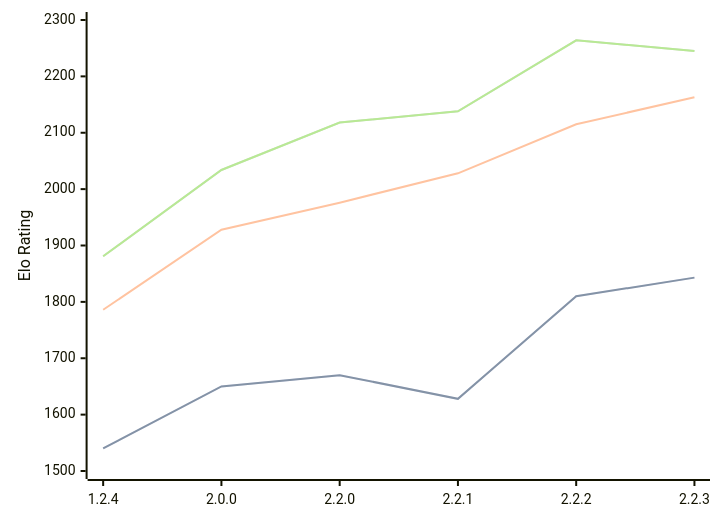
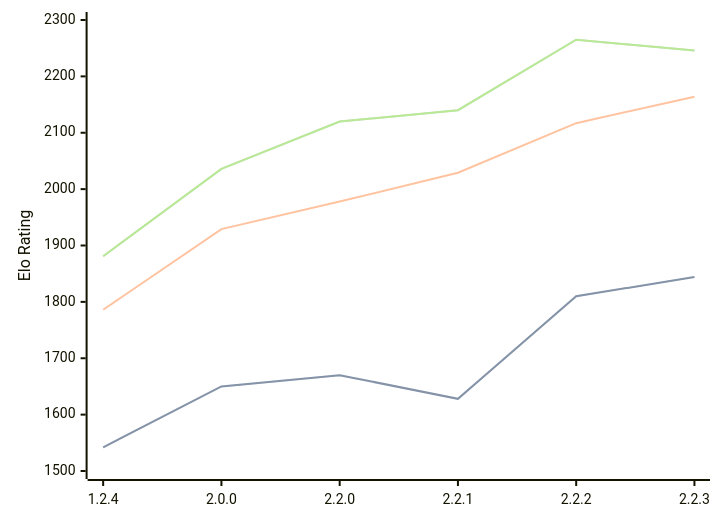
One commit to computer-chess-index/cci changed the diagram in engines/Kreveta.md. Above: the diagram before and after it, drawn with Mermaid. The commit also changed other lines of this file, not shown here.

Commit message:
Update CCI Ratings (ELO VLTC) - 2026-02-21

````diff
--- a/engines/Kreveta.md
+++ b/engines/Kreveta.md
@@ -36,11 +36,11 @@
 ```mermaid
 %%{init: {"theme":"base","themeVariables":{"seriesColors:['#a3a3a3','#222221','#faa371']}}}%%
 xychart-beta
   x-axis ["1.2.4", "2.0.0", "2.2.0", "2.2.1", "2.2.2", "2.2.3"]
   y-axis "Elo Rating" 1500 --> 2300
-  line "STC (8.0+0.08s)" [1540, 1650, 1670, 1628, 1810, 1843]
-  line "STC (8.0+0.08s)" [1540, 1650, 1670, 1628, 1810, 1843]
-  line "LTC (60.0+0.60s)" [1786, 1928, 1976, 2028, 2115, 2163]
-  line "VLTC (2m24s+1.12s)" [1881, 2034, 2118, 2138, 2264, 2245]
-  line "VLTC (2m24s+1.12s)" [1881, 2034, 2118, 2138, 2264, 2245]
+  line "STC (8.0+0.08s)" [1542, 1650, 1670, 1628, 1810, 1844]
+  line "STC (8.0+0.08s)" [1542, 1650, 1670, 1628, 1810, 1844]
+  line "LTC (60.0+0.60s)" [1786, 1929, 1978, 2029, 2117, 2164]
+  line "VLTC (2m24s+1.12s)" [1881, 2036, 2120, 2140, 2265, 2246]
+  line "VLTC (2m24s+1.12s)" [1881, 2036, 2120, 2140, 2265, 2246]
 ```
````
